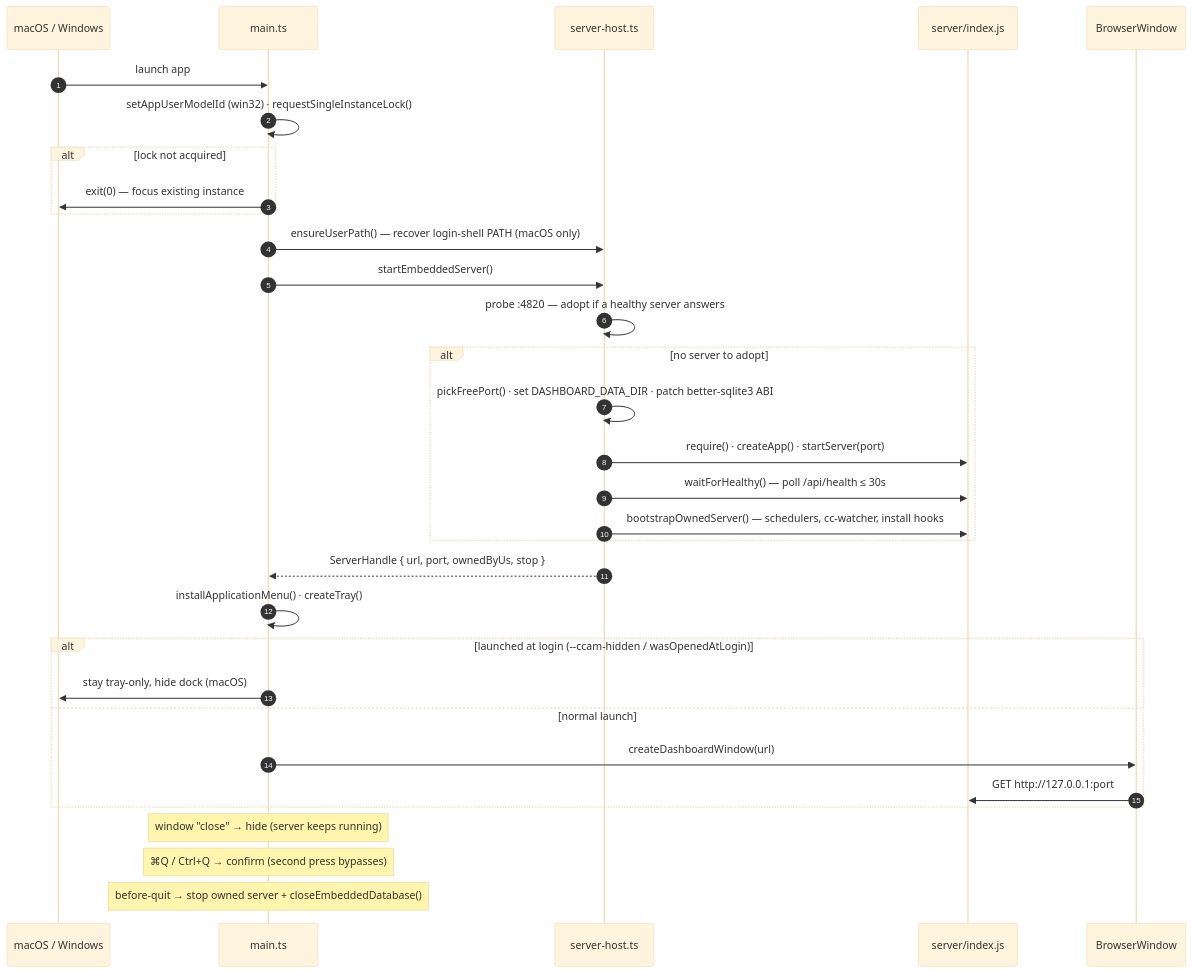
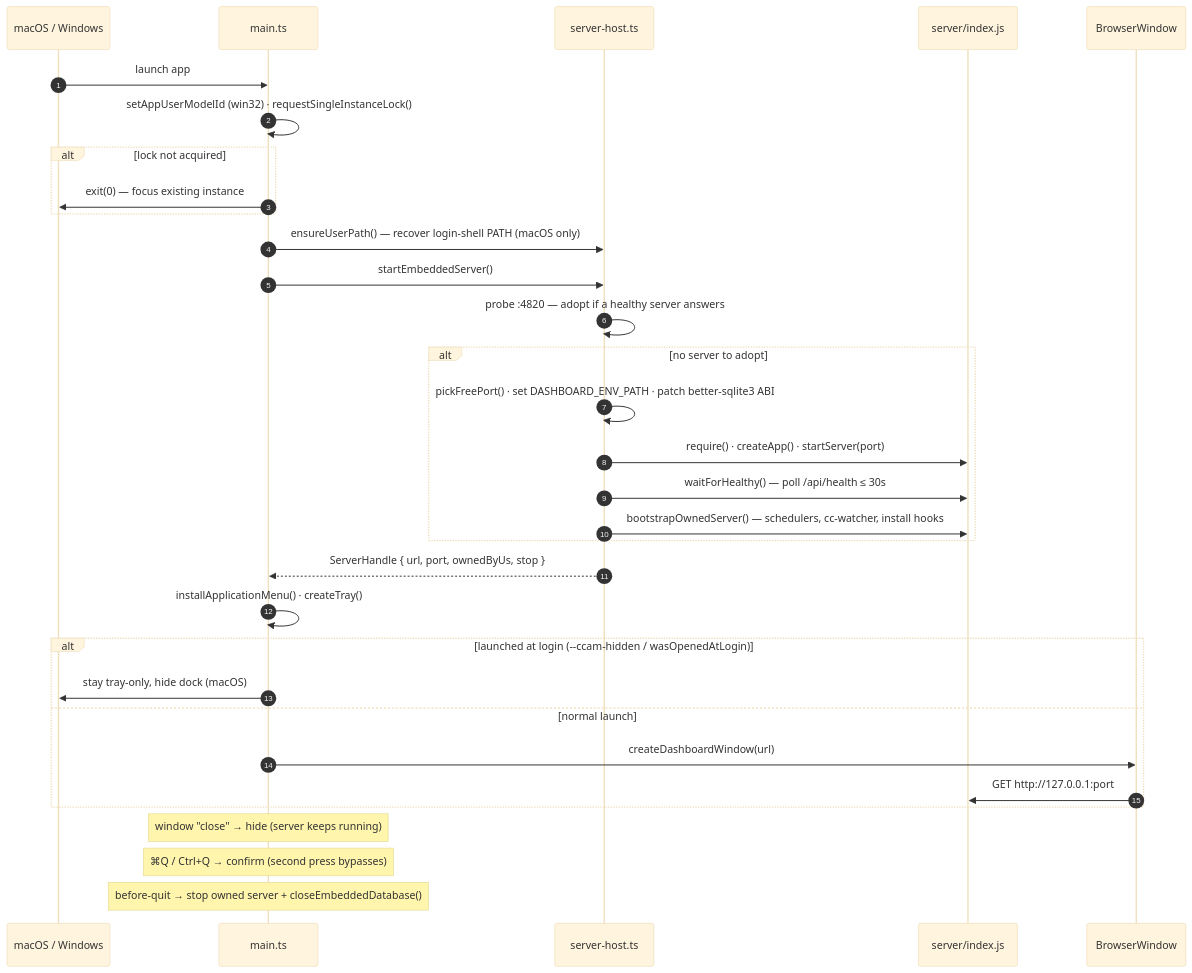
Diagram 36 of 45 in ARCHITECTURE.md (hoangsonww/Claude-Code-Agent-Monitor), drawn with Mermaid (base theme) before and after one commit. The commit also changed other lines of this file and 24 other files, not shown here.

````diff
--- a/ARCHITECTURE.md
+++ b/ARCHITECTURE.md
@@ -2657,35 +2657,35 @@
 ```mermaid
 sequenceDiagram
     autonumber
     participant OS as macOS / Windows
     participant Main as main.ts
     participant Host as server-host.ts
     participant Srv as server/index.js
     participant UI as BrowserWindow
 
     OS->>Main: launch app
     Main->>Main: setAppUserModelId (win32) · requestSingleInstanceLock()
     alt lock not acquired
         Main->>OS: exit(0) — focus existing instance
     end
     Main->>Host: ensureUserPath() — recover login-shell PATH (macOS only)
     Main->>Host: startEmbeddedServer()
     Host->>Host: probe :4820 — adopt if a healthy server answers
     alt no server to adopt
-        Host->>Host: pickFreePort() · set DASHBOARD_DATA_DIR · patch better-sqlite3 ABI
+        Host->>Host: pickFreePort() · set DASHBOARD_ENV_PATH · patch better-sqlite3 ABI
         Host->>Srv: require() · createApp() · startServer(port)
         Host->>Srv: waitForHealthy() — poll /api/health ≤ 30s
         Host->>Srv: bootstrapOwnedServer() — schedulers, cc-watcher, install hooks
     end
     Host-->>Main: ServerHandle { url, port, ownedByUs, stop }
     Main->>Main: installApplicationMenu() · createTray()
     alt launched at login (--ccam-hidden / wasOpenedAtLogin)
         Main->>OS: stay tray-only, hide dock (macOS)
     else normal launch
         Main->>UI: createDashboardWindow(url)
         UI->>Srv: GET http://127.0.0.1:port
     end
     Note over Main: window "close" → hide (server keeps running)
     Note over Main: ⌘Q / Ctrl+Q → confirm (second press bypasses)
     Note over Main: before-quit → stop owned server + closeEmbeddedDatabase()
 ```
````
